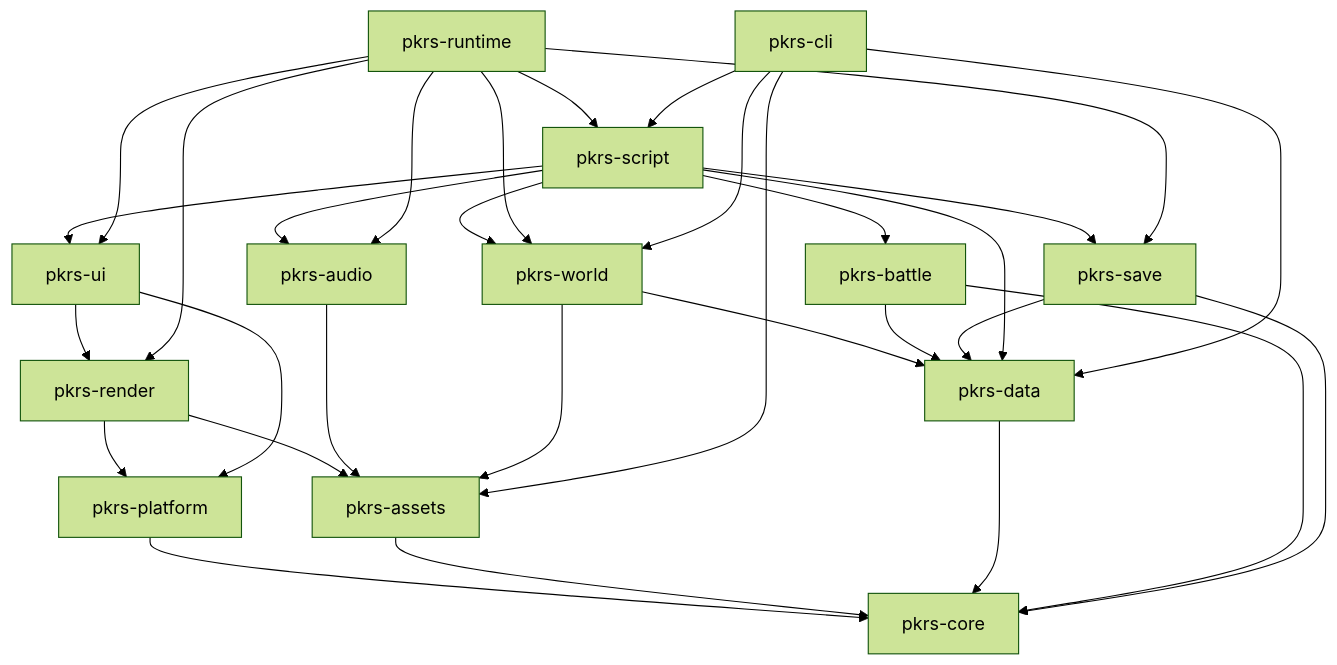
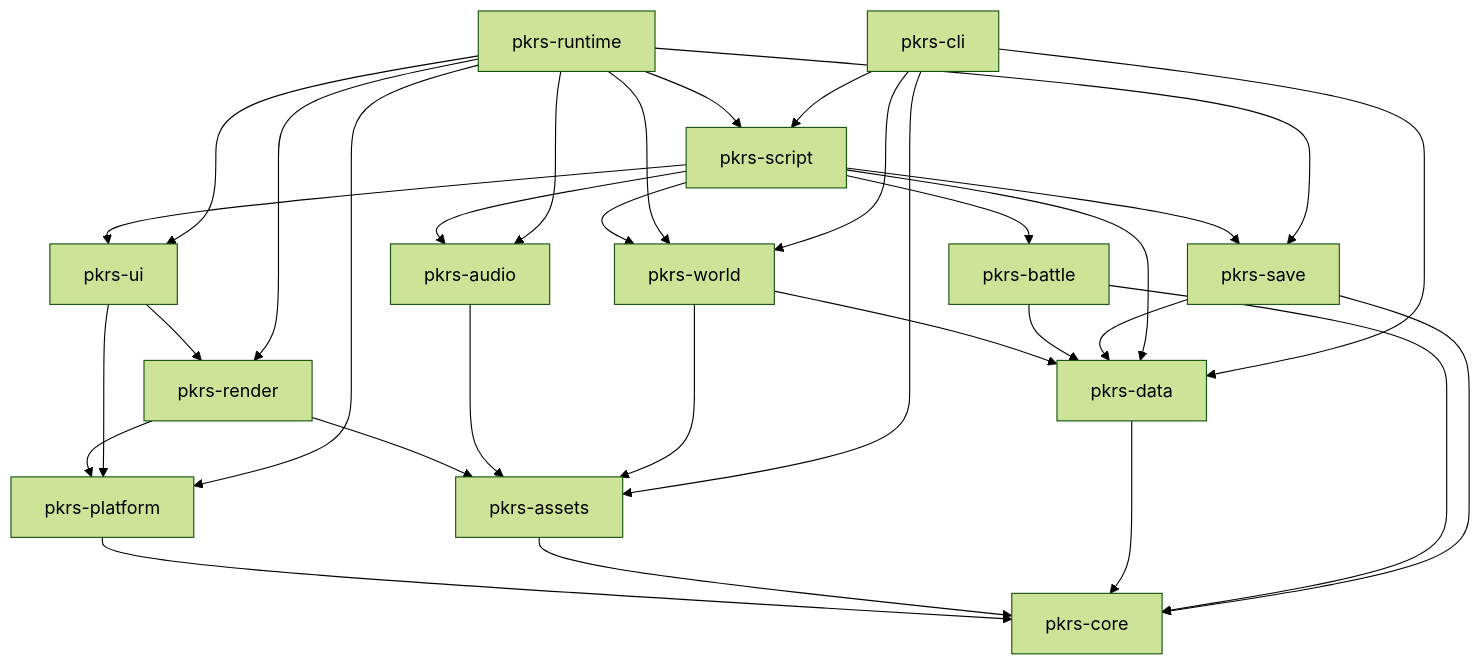
Before and after one commit to umbertocicciaa/pkrs: the third of 5 diagrams in docs/design.md, drawn with Mermaid (forest theme). The commit also changed 11 other files, not shown here.

````diff
--- a/docs/design.md
+++ b/docs/design.md
@@ -359,16 +359,16 @@
 ```mermaid
 flowchart TD
   core[pkrs-core]
   platform[pkrs-platform] --> core
   assets[pkrs-assets] --> core
   data[pkrs-data] --> core
   render[pkrs-render] --> platform & assets
   audio[pkrs-audio] --> assets
   world[pkrs-world] --> data & assets
   battle[pkrs-battle] --> core & data
   save[pkrs-save] --> core & data
   ui[pkrs-ui] --> render & platform
   script[pkrs-script] --> world & battle & data & save & ui & audio
-  runtime[pkrs-runtime] --> script & render & audio & ui & save & world
+  runtime[pkrs-runtime] --> script & render & audio & ui & save & world & platform
   cli[pkrs-cli] --> data & assets & world & script
 ```
````
